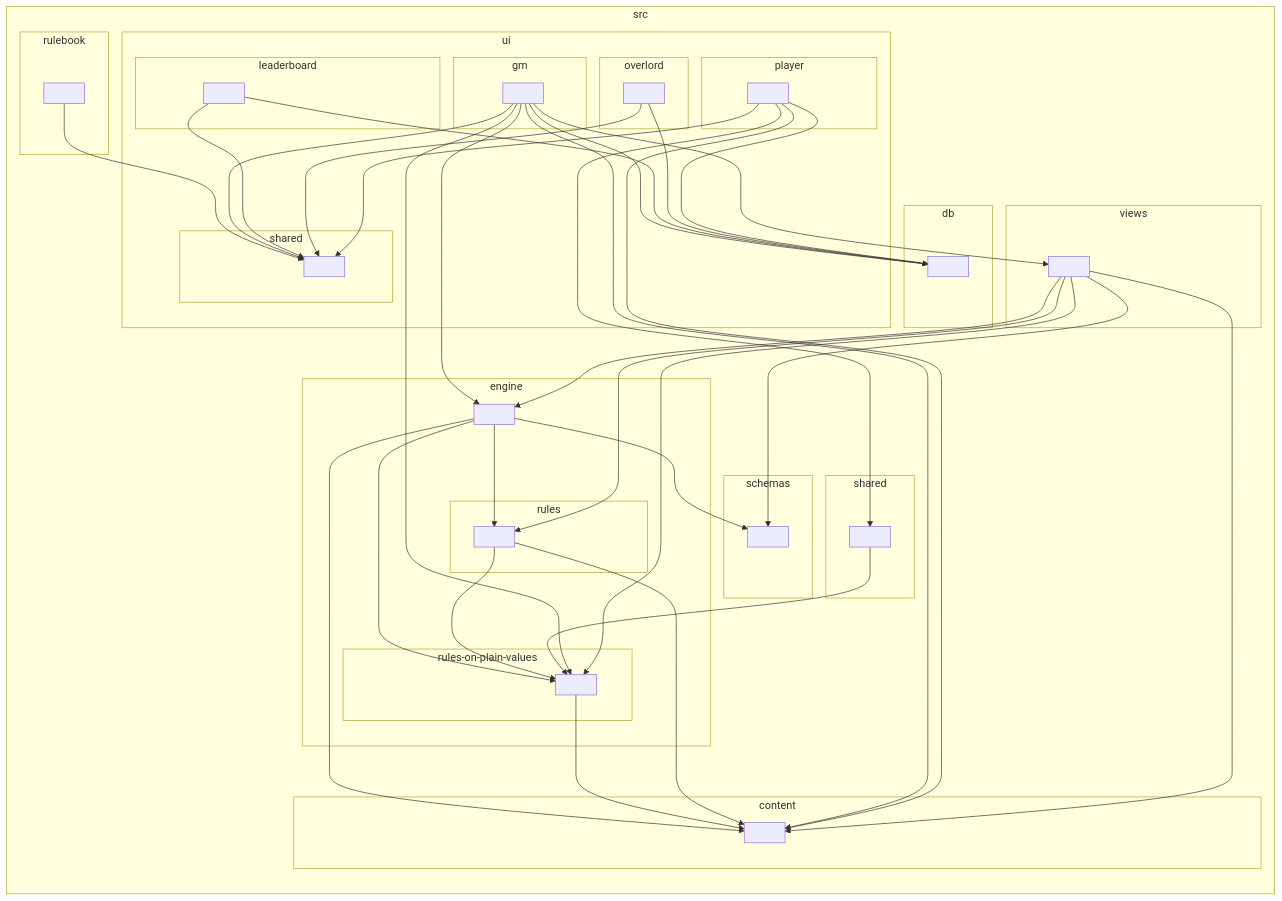
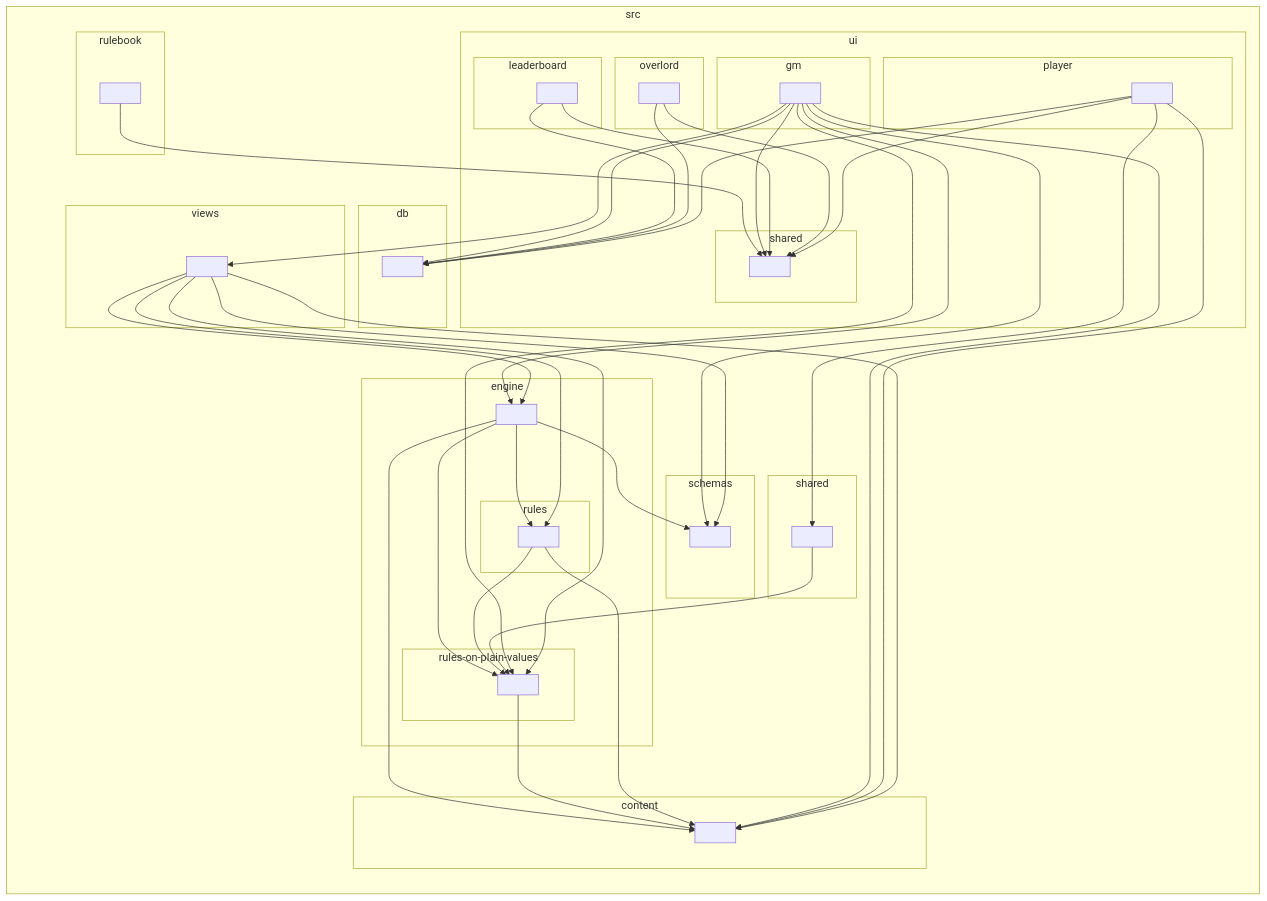
One commit to Nestalawe/kingdoms-call changed the diagram in docs/architecture/the-layers-of-src-and-the-module-map-generated-from-its-imports.md. Above: the diagram before and after it, drawn with Mermaid. The commit also changed 15 other files, not shown here.

````diff
--- a/docs/architecture/the-layers-of-src-and-the-module-map-generated-from-its-imports.md
+++ b/docs/architecture/the-layers-of-src-and-the-module-map-generated-from-its-imports.md
@@ -64,78 +64,79 @@
 ```mermaid
 flowchart LR
 
 subgraph src["src"]
   subgraph src_content["content"]
     src_content_[" "]
   end
   subgraph src_db["db"]
     src_db_[" "]
   end
   subgraph src_engine["engine"]
     src_engine_[" "]
     subgraph src_engine_rules_on_plain_values["rules-on-plain-values"]
       src_engine_rules_on_plain_values_[" "]
     end
     subgraph src_engine_rules["rules"]
       src_engine_rules_[" "]
     end
   end
   subgraph src_rulebook["rulebook"]
     src_rulebook_[" "]
   end
   subgraph src_schemas["schemas"]
     src_schemas_[" "]
   end
   subgraph src_shared["shared"]
     src_shared_[" "]
   end
   subgraph src_ui["ui"]
     subgraph src_ui_gm["gm"]
       src_ui_gm_[" "]
     end
     subgraph src_ui_leaderboard["leaderboard"]
       src_ui_leaderboard_[" "]
     end
     subgraph src_ui_overlord["overlord"]
       src_ui_overlord_[" "]
     end
     subgraph src_ui_player["player"]
       src_ui_player_[" "]
     end
     subgraph src_ui_shared["shared"]
       src_ui_shared_[" "]
     end
   end
   subgraph src_views["views"]
     src_views_[" "]
   end
 end
 src_engine_-->src_content_
 src_engine_-->src_schemas_
 src_engine_-->src_engine_rules_on_plain_values_
 src_engine_-->src_engine_rules_
 src_engine_rules_on_plain_values_-->src_content_
 src_engine_rules_-->src_content_
 src_engine_rules_-->src_engine_rules_on_plain_values_
 src_rulebook_-->src_ui_shared_
 src_shared_-->src_engine_rules_on_plain_values_
 src_ui_gm_-->src_engine_
 src_ui_gm_-->src_ui_shared_
 src_ui_gm_-->src_content_
 src_ui_gm_-->src_db_
 src_ui_gm_-->src_engine_rules_on_plain_values_
 src_ui_gm_-->src_views_
+src_ui_gm_-->src_schemas_
 src_ui_leaderboard_-->src_db_
 src_ui_leaderboard_-->src_ui_shared_
 src_ui_overlord_-->src_db_
 src_ui_overlord_-->src_ui_shared_
 src_ui_player_-->src_content_
 src_ui_player_-->src_ui_shared_
 src_ui_player_-->src_db_
 src_ui_player_-->src_shared_
 src_views_-->src_engine_
 src_views_-->src_engine_rules_on_plain_values_
 src_views_-->src_engine_rules_
 src_views_-->src_schemas_
 src_views_-->src_content_
 ```
````
